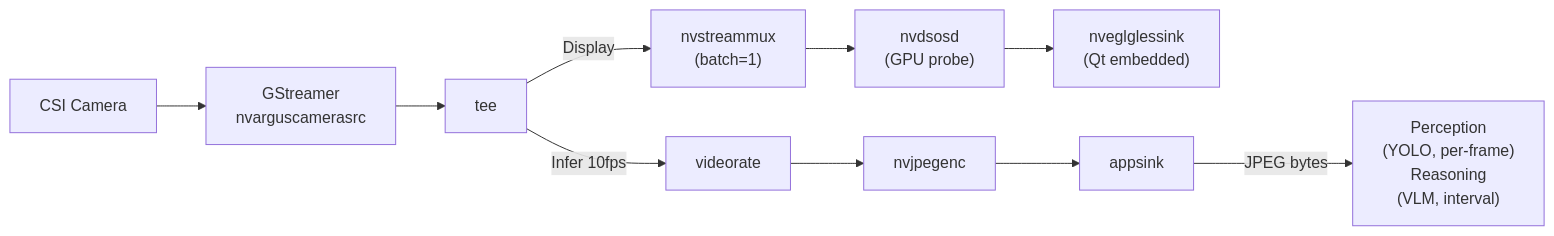
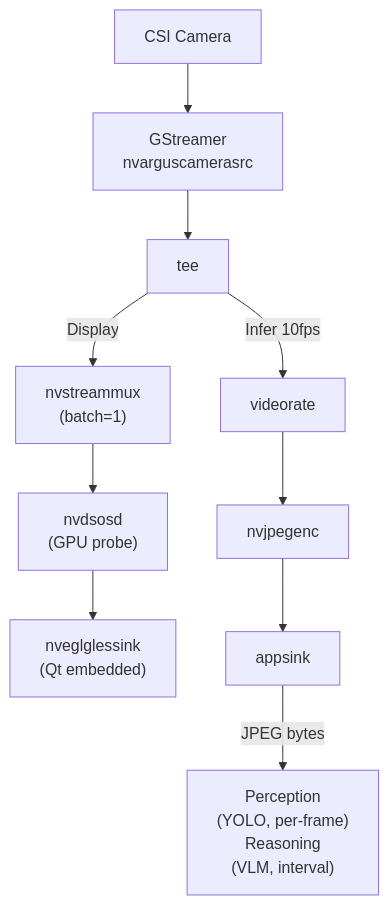
One commit to ccbruce0812/nikko-vlm-webui changed the third of 4 diagrams in pyside6-gui.md. Above: the diagram before and after it, drawn with Mermaid. The commit also changed other lines of this file, not shown here.

````diff
--- a/pyside6-gui.md
+++ b/pyside6-gui.md
@@ -79,14 +79,14 @@
 ```mermaid
-flowchart LR
+flowchart TB
     CSI["CSI Camera"] --> GST["GStreamer<br/>nvarguscamerasrc"]
     GST --> Tee["tee"]
 
     Tee -->|"Display"| Mux["nvstreammux<br/>(batch=1)"]
     Mux --> OSD["nvdsosd<br/>(GPU probe)"]
     OSD --> EGL["nveglglessink<br/>(Qt embedded)"]
 
     Tee -->|"Infer 10fps"| Rate["videorate"]
     Rate --> JPEG["nvjpegenc"]
     JPEG --> App["appsink"]
     App -->|"JPEG bytes"| AI["Perception<br/>(YOLO, per-frame)<br/>Reasoning<br/>(VLM, interval)"]
 ```
````
